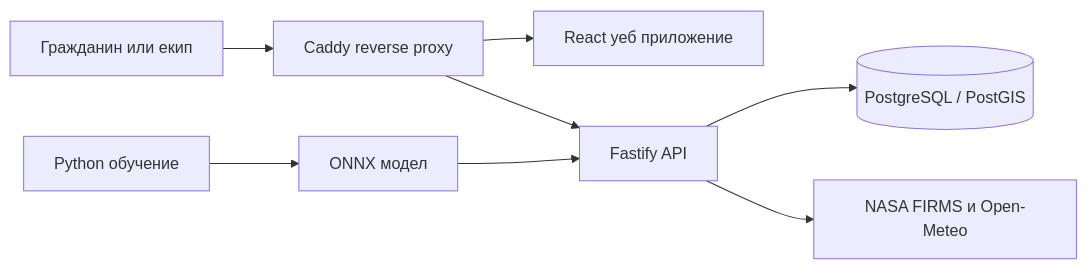
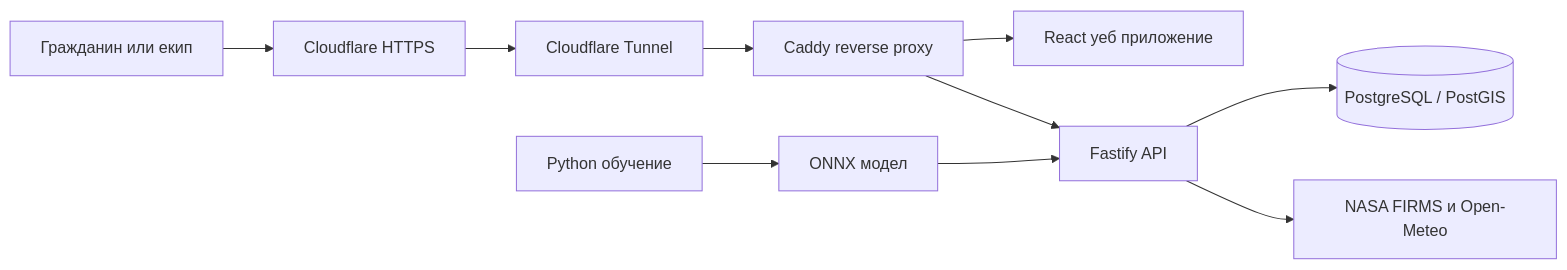
One commit to urgeorgi09/FireRadar changed the diagram in README.md. Above: the diagram before and after it, drawn with Mermaid. The commit also changed other lines of this file, not shown here.

````diff
--- a/README.md
+++ b/README.md
@@ -40,10 +40,12 @@
 ```mermaid
 flowchart LR
-    Visitor[Гражданин или екип] --> Proxy[Caddy reverse proxy]
+    Visitor[Гражданин или екип] --> CF[Cloudflare HTTPS]
+    CF --> Tunnel[Cloudflare Tunnel]
+    Tunnel --> Proxy[Caddy reverse proxy]
     Proxy --> Web[React уеб приложение]
     Proxy --> API[Fastify API]
     API --> DB[(PostgreSQL / PostGIS)]
     API --> Sources[NASA FIRMS и Open-Meteo]
     ML[Python обучение] --> Model[ONNX модел]
     Model --> API
 ```
````
